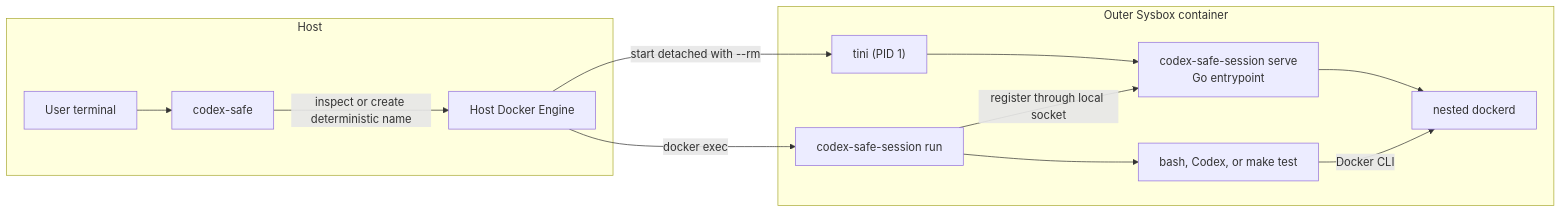
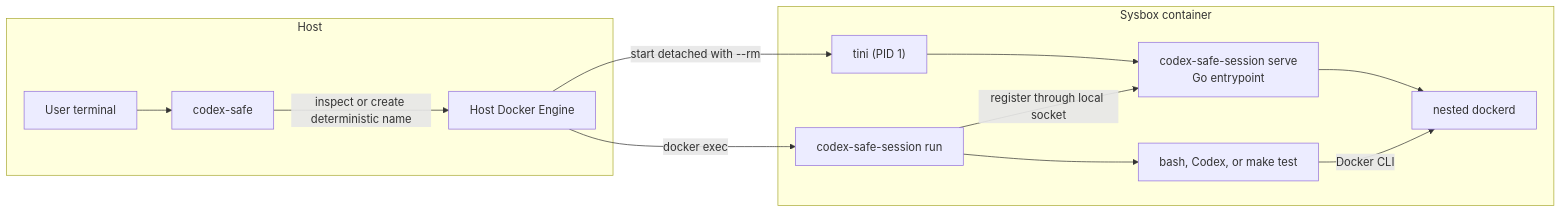
Before and after one commit to vkuptcov/agents-safe-environment: the first of 2 diagrams in docs/design-docs/go-session-manager.md, drawn with Mermaid. The commit also changed other lines of this file and 81 other files, not shown here.

````diff
--- a/docs/design-docs/go-session-manager.md
+++ b/docs/design-docs/go-session-manager.md
@@ -67,18 +68,18 @@
 ```mermaid
 flowchart LR
     subgraph Host["Host"]
         User["User terminal"] --> Launcher["codex-safe"]
         Launcher -->|"inspect or create deterministic name"| Engine["Host Docker Engine"]
     end
 
-    subgraph Outer["Outer Sysbox container"]
+    subgraph Container["Sysbox container"]
         Init["tini (PID 1)"] --> Manager["codex-safe-session serve<br/>Go entrypoint"]
         Manager --> Inner["nested dockerd"]
         Wrapper["codex-safe-session run"] -->|"register through local socket"| Manager
         Wrapper --> Command["bash, Codex, or make test"]
         Command -->|"Docker CLI"| Inner
     end
 
     Engine -->|"start detached with --rm"| Init
     Engine -->|"docker exec"| Wrapper
 ```
````
